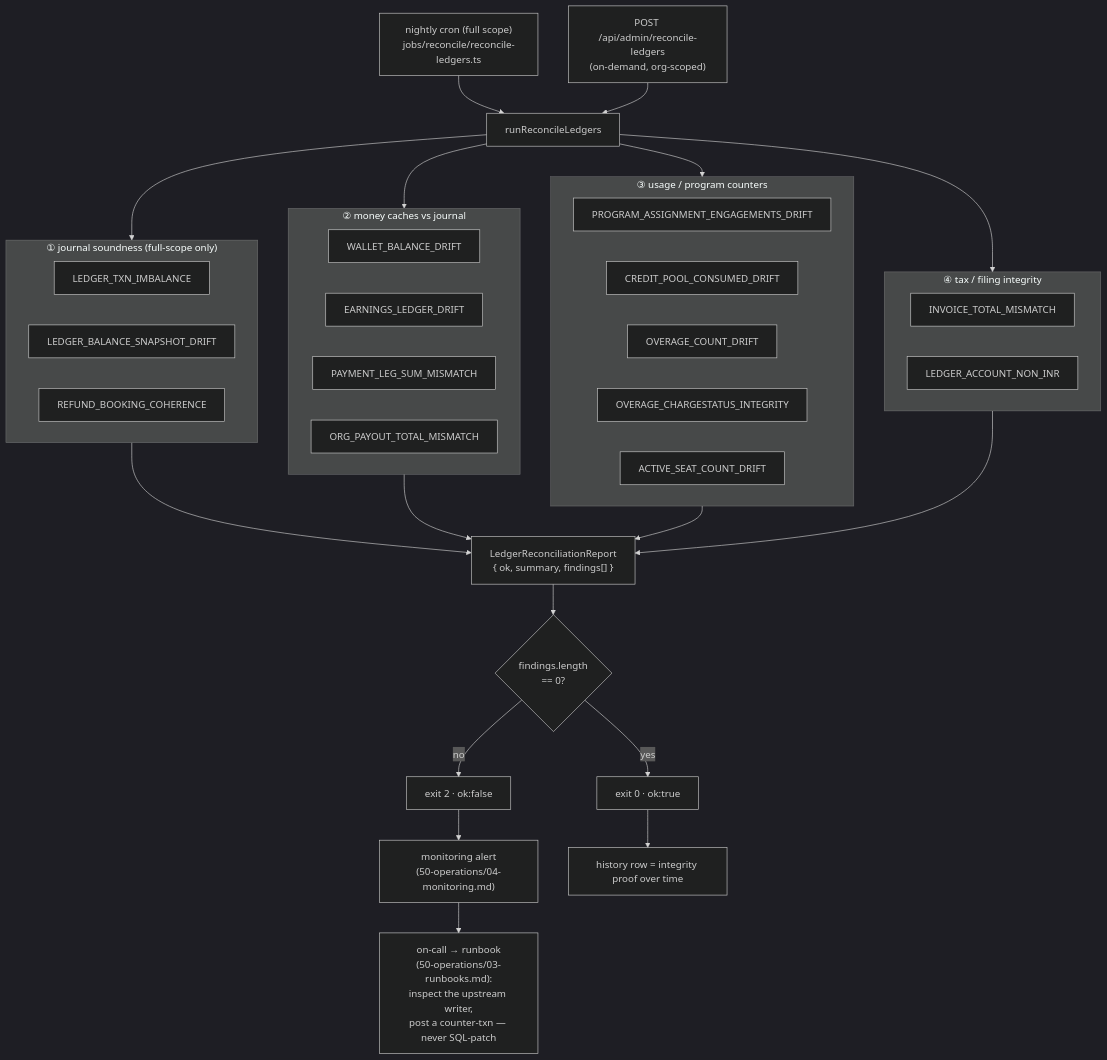
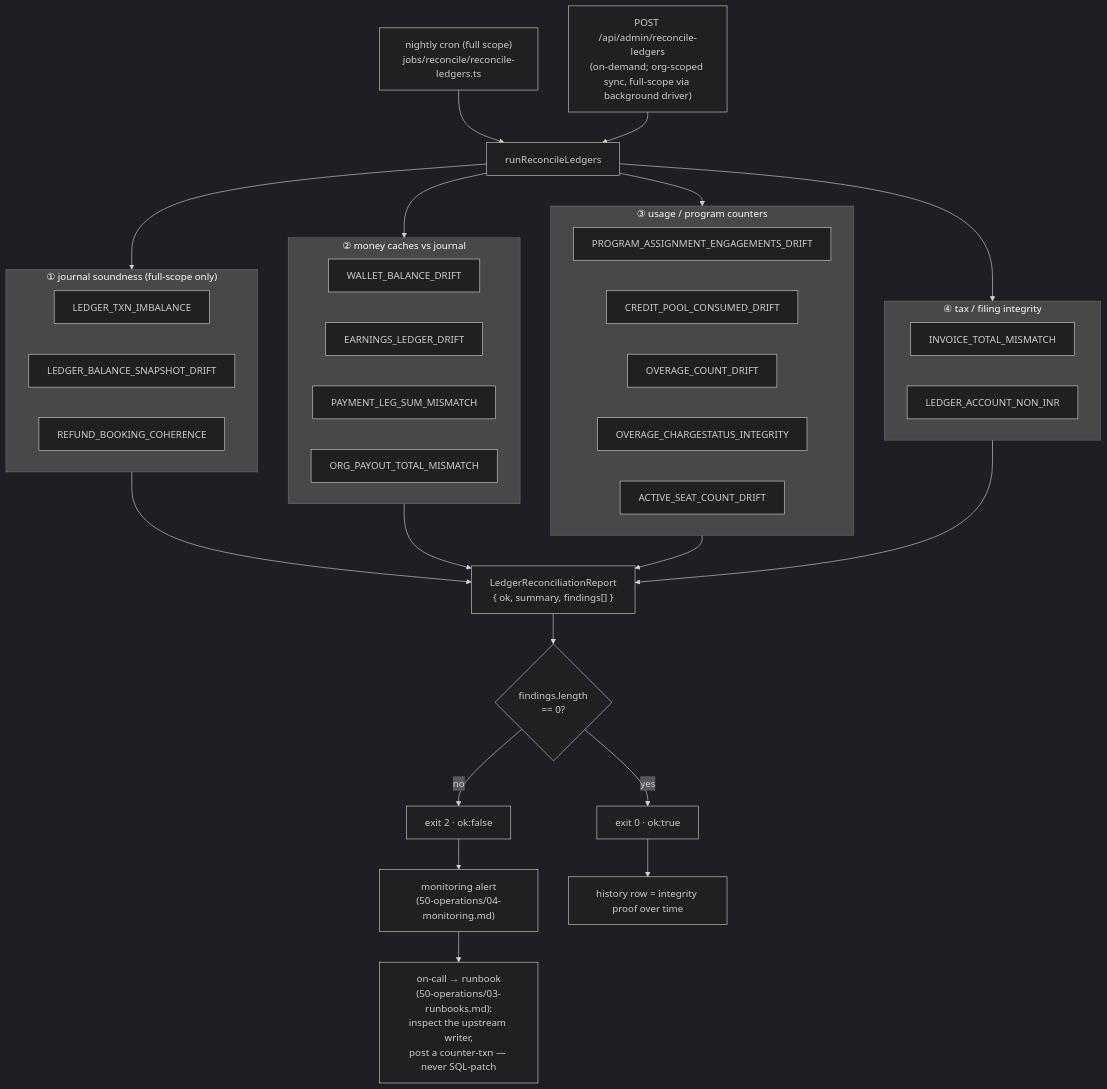
One commit to Practitionist/familiarise_web changed the second of 2 diagrams in docs/enterprise/10-money-and-ledger/13-ledger-integrity.md. Above: the diagram before and after it, drawn with Mermaid (dark theme). The commit also changed other lines of this file and 12 other files, not shown here.

````diff
--- a/docs/enterprise/10-money-and-ledger/13-ledger-integrity.md
+++ b/docs/enterprise/10-money-and-ledger/13-ledger-integrity.md
@@ -62,38 +62,38 @@
 ```mermaid
 flowchart TD
   CRON["nightly cron (full scope)<br/>jobs/reconcile/reconcile-ledgers.ts"] --> RUN["runReconcileLedgers"]
-  ADMIN["POST /api/admin/reconcile-ledgers<br/>(on-demand, org-scoped)"] --> RUN
+  ADMIN["POST /api/admin/reconcile-ledgers<br/>(on-demand; org-scoped sync, full-scope via background driver)"] --> RUN
   RUN --> G1
   RUN --> G2
   RUN --> G3
   RUN --> G4
   subgraph G1["① journal soundness (full-scope only)"]
     LTI["LEDGER_TXN_IMBALANCE"]
     LBS["LEDGER_BALANCE_SNAPSHOT_DRIFT"]
     RBC["REFUND_BOOKING_COHERENCE"]
   end
   subgraph G2["② money caches vs journal"]
     WBD["WALLET_BALANCE_DRIFT"]
     ELD["EARNINGS_LEDGER_DRIFT"]
     PLS["PAYMENT_LEG_SUM_MISMATCH"]
     OPT["ORG_PAYOUT_TOTAL_MISMATCH"]
   end
   subgraph G3["③ usage / program counters"]
     PAE["PROGRAM_ASSIGNMENT_ENGAGEMENTS_DRIFT"]
     CPC["CREDIT_POOL_CONSUMED_DRIFT"]
     OCD["OVERAGE_COUNT_DRIFT"]
     OCI["OVERAGE_CHARGESTATUS_INTEGRITY"]
     ASC["ACTIVE_SEAT_COUNT_DRIFT"]
   end
   subgraph G4["④ tax / filing integrity"]
     ITM["INVOICE_TOTAL_MISMATCH"]
     NIN["LEDGER_ACCOUNT_NON_INR"]
   end
   G1 & G2 & G3 & G4 --> RPT["LedgerReconciliationReport<br/>{ ok, summary, findings[] }"]
   RPT --> OK{"findings.length<br/>== 0?"}
   OK -- yes --> CLEAN["exit 0 · ok:true"]
   OK -- no --> PAGE["exit 2 · ok:false"]
   PAGE --> MON["monitoring alert<br/>(50-operations/04-monitoring.md)"]
   MON --> ONCALL["on-call → runbook<br/>(50-operations/03-runbooks.md):<br/>inspect the upstream writer,<br/>post a counter-txn — never SQL-patch"]
   CLEAN --> AUDIT["history row = integrity proof over time"]
 ```
````
